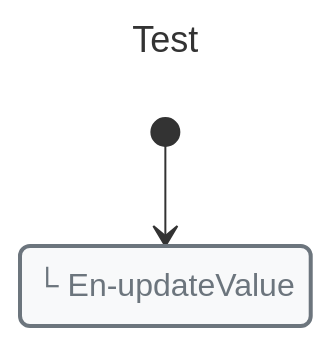
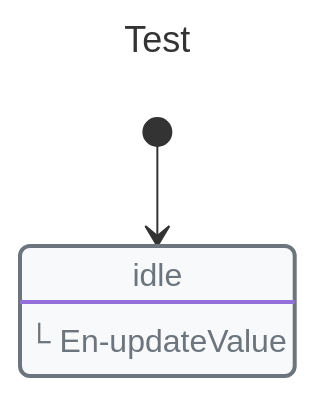
The third of 3 diagrams in docs/concepts/pulse.md (Masquerade-Circus/x-robot), drawn with Mermaid before and after one commit. The commit also changed other lines of this file and 123 other files, not shown here.

Commit message:
refactor: improve mermaid code

````diff
--- a/docs/concepts/pulse.md
+++ b/docs/concepts/pulse.md
@@ -218,21 +218,22 @@
 ```mermaid
 ---
 title: Test
 ---
 
 stateDiagram-v2
+direction TB
 
 classDef danger fill:#f8d7da,stroke:#721c24,stroke-width:2px,text-align:left,color:#721c24
 classDef warning fill:#fff3cd,stroke:#856404,stroke-width:2px,text-align:left,color:#856404
 classDef success fill:#d4edda,stroke:#155724,stroke-width:2px,text-align:left,color:#155724
 classDef primary fill:#cce5ff,stroke:#004085,stroke-width:2px,text-align:left,color:#004085
 classDef info fill:#d1ecf1,stroke:#0c5460,stroke-width:2px,text-align:left,color:#0c5460
 classDef def fill:#f8f9fa,stroke:#6c757d,stroke-width:2px,text-align:left,color:#6c757d
 
-state idle
+state "idle" as idle
 class idle def
 
 idle: └ En-updateValue
 
 [*] --> idle
 ```
````
